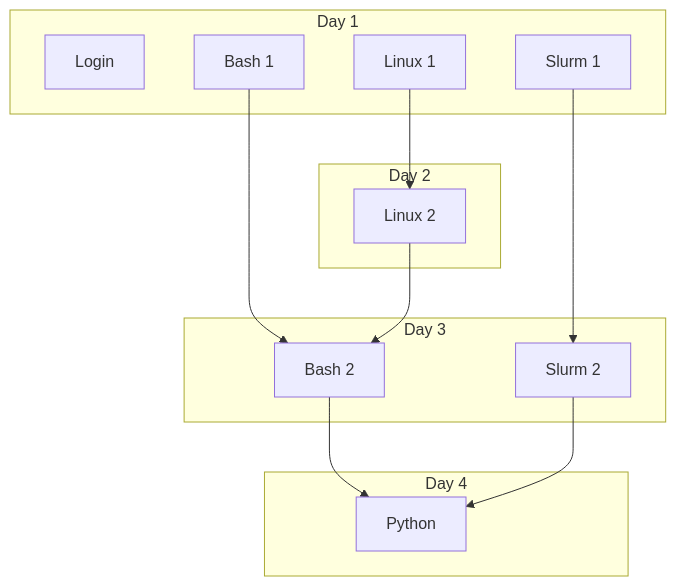
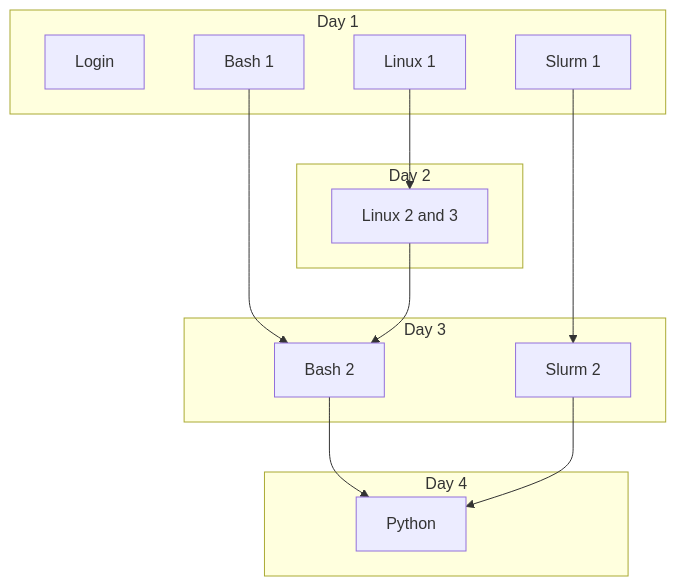
The diagram in docs/overviews/uppmax_intro.md (UPPMAX/uppmax_intro_day_1), drawn with Mermaid before and after one commit. The commit also changed other lines of this file, not shown here.

````diff
--- a/docs/overviews/uppmax_intro.md
+++ b/docs/overviews/uppmax_intro.md
@@ -3,29 +3,29 @@
 ```mermaid
 flowchart TD
 
   subgraph day_1[Day 1]
     login[Login]
     bash_1[Bash 1]
     slurm_1[Slurm 1]
     linux_1[Linux 1]
   end
   subgraph day_2[Day 2]
-    linux_2[Linux 2]
+    linux_2[Linux 2 and 3]
   end
   subgraph day_3[Day 3]
     bash_2[Bash 2]
     slurm_2[Slurm 2]
   end
   subgraph day_4[Day 4]
     python[Python]
   end
 
   bash_1 --> bash_2
   linux_1 --> linux_2  
 
   linux_2 --> bash_2
   slurm_1 --> slurm_2
 
   bash_2 --> python
   slurm_2 --> python
 ```
````
